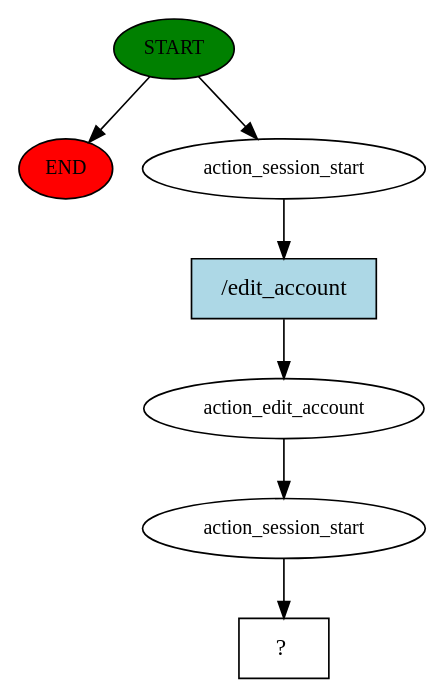
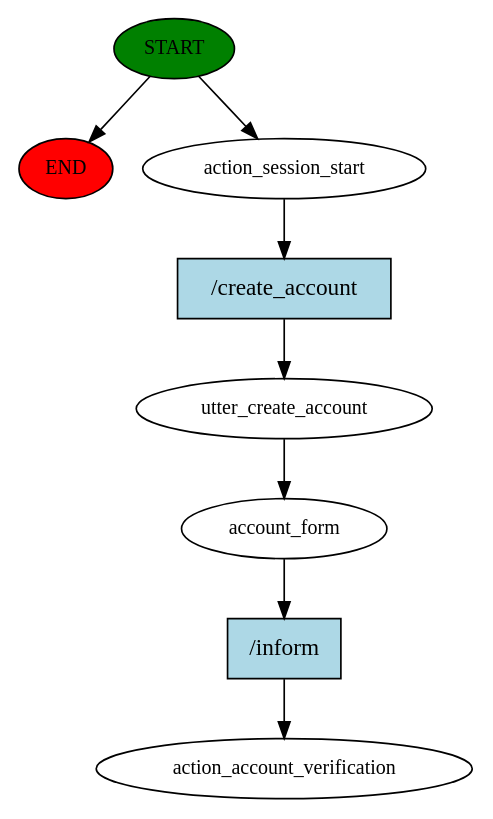
One commit to pratikanand13/rasachat changed the diagram in story_graph.dot. Above: the diagram before and after it, drawn with Graphviz. The commit also changed 218 other files, not shown here.

```diff
--- a/story_graph.dot
+++ b/story_graph.dot
@@ -1,15 +1,17 @@
 digraph  {
 0 [class="start active", fillcolor=green, fontsize=12, label=START, style=filled];
 "-1" [class=end, fillcolor=red, fontsize=12, label=END, style=filled];
 1 [class=active, fontsize=12, label=action_session_start];
-2 [class=active, fontsize=12, label=action_edit_account];
-3 [class=active, fontsize=12, label=action_session_start];
-4 [class="intent dashed active", label="  ?  ", shape=rect];
-5 [class="intent active", fillcolor=lightblue, label="/edit_account", shape=rect, style=filled];
+2 [class=active, fontsize=12, label=utter_create_account];
+3 [class=active, fontsize=12, label=account_form];
+4 [class="dashed active", fontsize=12, label=action_account_verification];
+5 [class="intent active", fillcolor=lightblue, label="/create_account", shape=rect, style=filled];
+6 [class="intent active", fillcolor=lightblue, label="/inform", shape=rect, style=filled];
 0 -> "-1"  [class="", key=NONE, label=""];
 0 -> 1  [class=active, key=NONE, label=""];
 1 -> 5  [class=active, key=0];
 2 -> 3  [class=active, key=NONE, label=""];
-3 -> 4  [class=active, key=NONE, label=""];
+3 -> 6  [class=active, key=0];
 5 -> 2  [class=active, key=0];
+6 -> 4  [class=active, key=0];
 }
```
